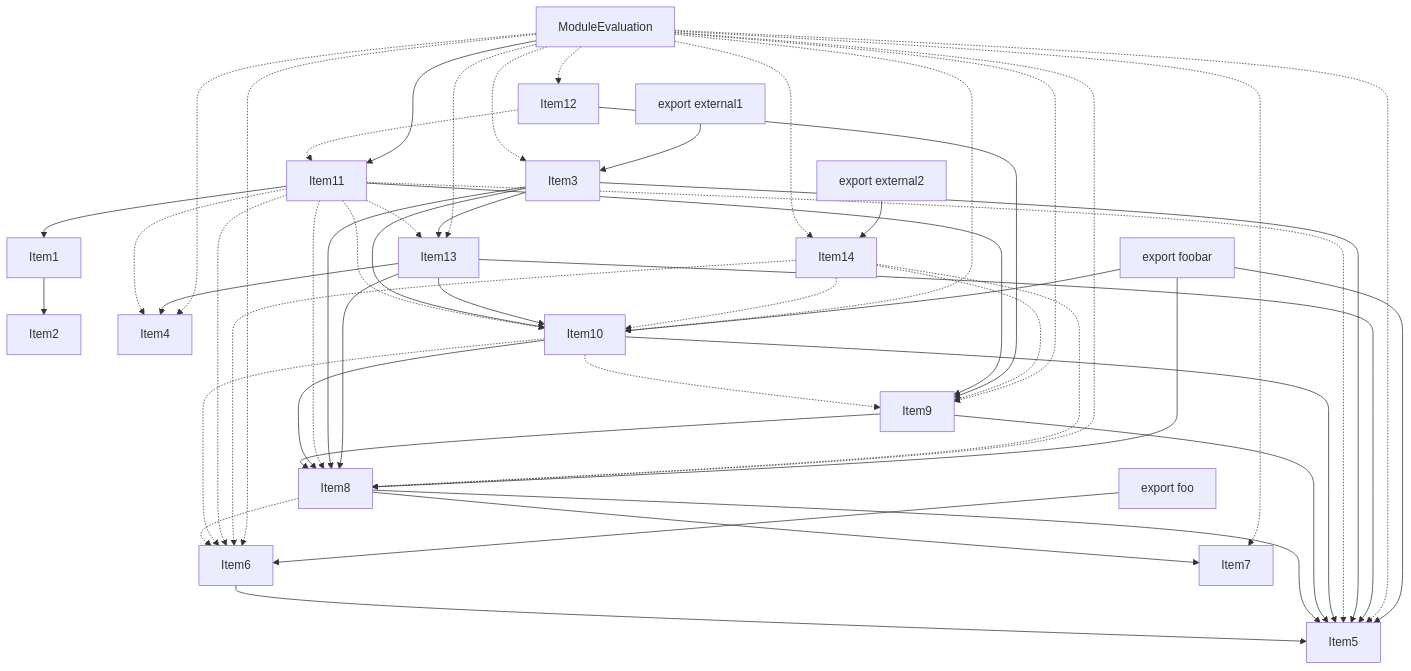
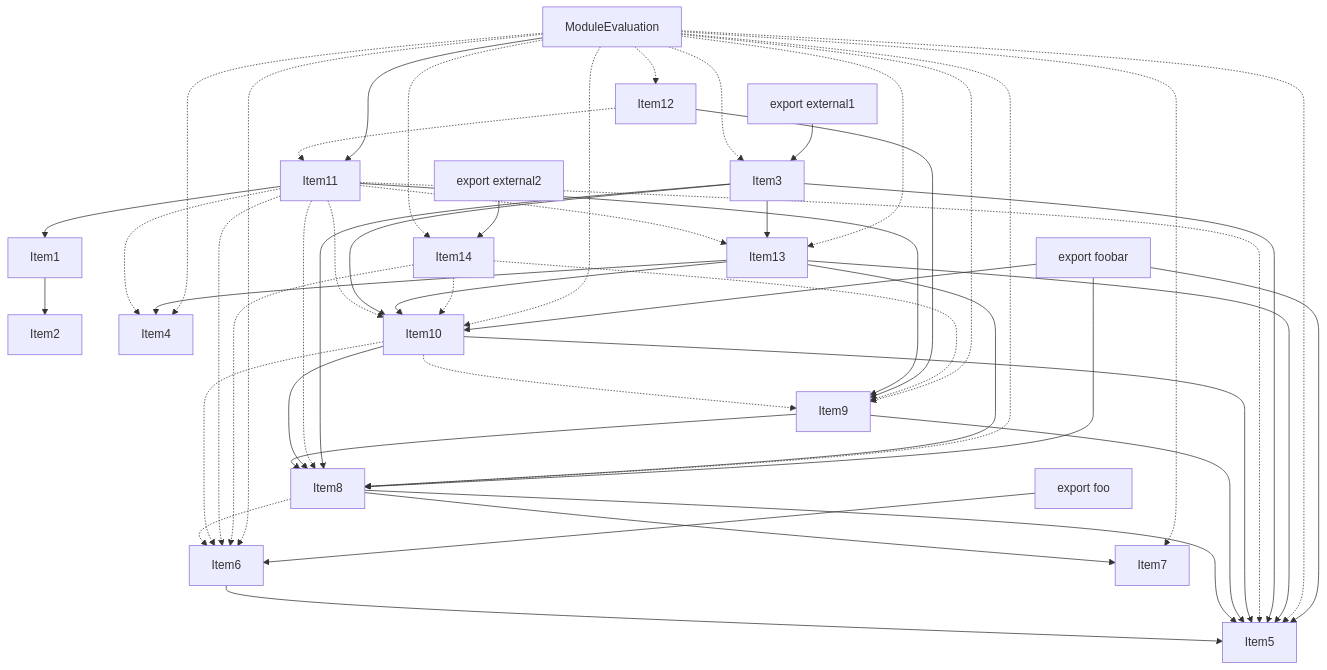
Before and after one commit to vercel/turborepo: the fourth of 4 diagrams in crates/turbopack-ecmascript/tests/tree-shaker/analyzer/2/output.md, drawn with Mermaid. The commit also changed other lines of this file and 2 other files, not shown here.

Commit message:
Update test refs

````diff
--- a/crates/turbopack-ecmascript/tests/tree-shaker/analyzer/2/output.md
+++ b/crates/turbopack-ecmascript/tests/tree-shaker/analyzer/2/output.md
@@ -289,78 +288,77 @@
 ```mermaid
 graph TD
     Item3;
     Item2;
     Item4;
     Item5;
     Item6;
     Item7;
     Item8;
     Item9;
     Item10;
     Item11;
     Item12;
     Item13;
     Item14;
     Item1;
     Item15;
     Item15["ModuleEvaluation"];
     Item16;
     Item16["export external1"];
     Item17;
     Item17["export foobar"];
     Item18;
     Item18["export foo"];
     Item19;
     Item19["export external2"];
     Item1 --> Item2;
     Item6 --> Item5;
     Item8 --> Item7;
     Item8 --> Item5;
     Item8 -.-> Item6;
     Item9 --> Item5;
     Item9 --> Item8;
     Item10 --> Item5;
     Item10 --> Item8;
     Item10 -.-> Item6;
     Item10 -.-> Item9;
     Item11 --> Item9;
     Item11 --> Item1;
     Item11 -.-> Item13;
     Item11 -.-> Item5;
     Item11 -.-> Item8;
     Item11 -.-> Item10;
     Item11 -.-> Item6;
     Item11 -.-> Item4;
     Item12 --> Item9;
     Item12 -.-> Item11;
     Item3 --> Item13;
     Item3 --> Item5;
     Item3 --> Item8;
     Item3 --> Item10;
     Item13 --> Item4;
     Item13 --> Item5;
     Item13 --> Item8;
     Item13 --> Item10;
     Item14 -.-> Item6;
-    Item14 -.-> Item8;
     Item14 -.-> Item9;
     Item14 -.-> Item10;
     Item15 --> Item11;
     Item15 -.-> Item3;
     Item15 -.-> Item4;
     Item15 -.-> Item5;
     Item15 -.-> Item8;
     Item15 -.-> Item10;
     Item15 -.-> Item6;
     Item15 -.-> Item9;
     Item15 -.-> Item7;
     Item15 -.-> Item12;
     Item15 -.-> Item13;
     Item15 -.-> Item14;
     Item16 --> Item3;
     Item17 --> Item5;
     Item17 --> Item8;
     Item17 --> Item10;
     Item18 --> Item6;
     Item19 --> Item14;
 ```
````
